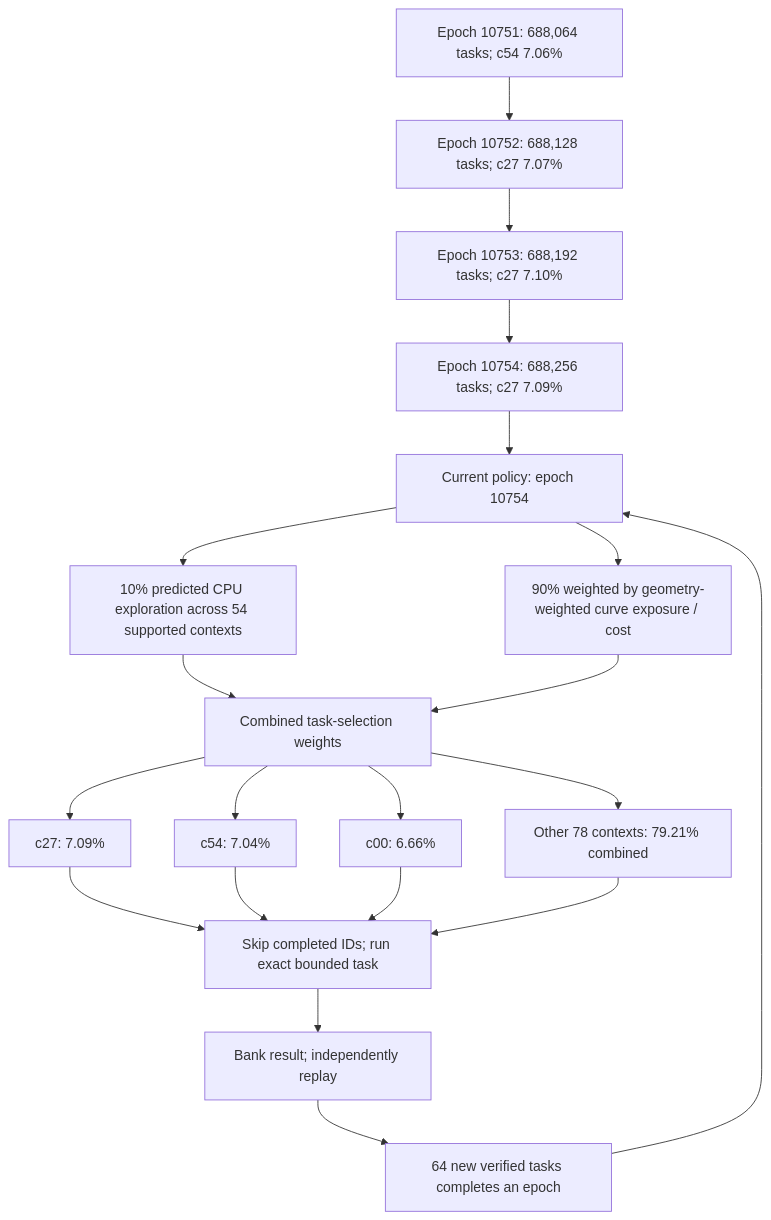
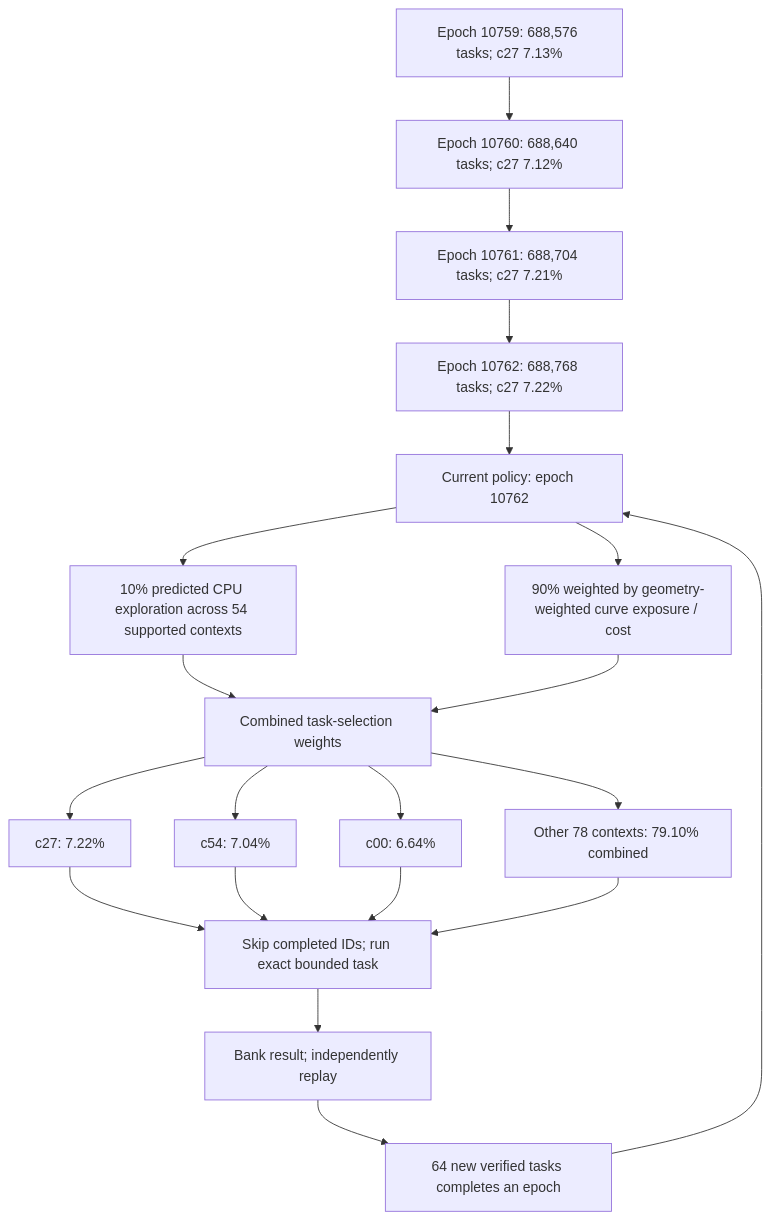
Before and after one commit to Kuberwastaken/math-gambling: the first of 4 diagrams in README.md, drawn with Mermaid. The commit also changed other lines of this file and 2391 other files, not shown here.

````diff
--- a/README.md
+++ b/README.md
@@ -60,27 +60,27 @@
 ```mermaid
 flowchart TD
-    H0["Epoch 10751: 688,064 tasks; c54 7.06%"]
-    H1["Epoch 10752: 688,128 tasks; c27 7.07%"]
+    H0["Epoch 10759: 688,576 tasks; c27 7.13%"]
+    H1["Epoch 10760: 688,640 tasks; c27 7.12%"]
     H0 --> H1
-    H2["Epoch 10753: 688,192 tasks; c27 7.10%"]
+    H2["Epoch 10761: 688,704 tasks; c27 7.21%"]
     H1 --> H2
-    H3["Epoch 10754: 688,256 tasks; c27 7.09%"]
+    H3["Epoch 10762: 688,768 tasks; c27 7.22%"]
     H2 --> H3
-    Policy["Current policy: epoch 10754"]
+    Policy["Current policy: epoch 10762"]
     H3 --> Policy
     Policy --> Explore["10% predicted CPU exploration across 54 supported contexts"]
     Policy --> Cost["90% weighted by geometry-weighted curve exposure / cost"]
     Explore --> Mix["Combined task-selection weights"]
     Cost --> Mix
-    Mix --> C0["c27: 7.09%"]
+    Mix --> C0["c27: 7.22%"]
     Mix --> C1["c54: 7.04%"]
-    Mix --> C2["c00: 6.66%"]
-    Mix --> Rest["Other 78 contexts: 79.21% combined"]
+    Mix --> C2["c00: 6.64%"]
+    Mix --> Rest["Other 78 contexts: 79.10% combined"]
     C0 --> Check["Skip completed IDs; run exact bounded task"]
     C1 --> Check
     C2 --> Check
     Rest --> Check
     Check --> Replay["Bank result; independently replay"]
     Replay --> Gate["64 new verified tasks completes an epoch"]
     Gate --> Policy
 ```
````
